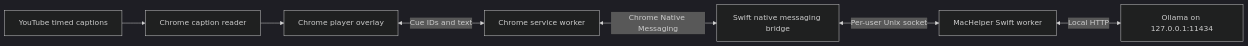
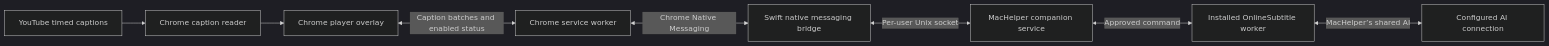
The diagram in README.md (bosstwobread/OnlineSubtitle-MacHelper), drawn with Mermaid (dark theme) before and after one commit. The commit also changed other lines of this file and 36 other files, not shown here.

Commit message:
Run OnlineSubtitle through the public MacHelper companion interface

````diff
--- a/README.md
+++ b/README.md
@@ -18,16 +20,18 @@
 ```mermaid
 flowchart LR
     YT["YouTube timed captions"]
     EX["Chrome caption reader"]
     UI["Chrome player overlay"]
     SW["Chrome service worker"]
     BR["Swift native messaging bridge"]
-    MH["MacHelper Swift worker"]
-    AI["Ollama on 127.0.0.1:11434"]
+    MH["MacHelper companion service"]
+    WK["Installed OnlineSubtitle worker"]
+    AI["Configured AI connection"]
 
     YT --> EX --> UI
-    UI <-->|"Cue IDs and text"| SW
+    UI <-->|"Caption batches and enabled status"| SW
     SW <-->|"Chrome Native Messaging"| BR
     BR <-->|"Per-user Unix socket"| MH
-    MH <-->|"Local HTTP"| AI
+    MH <-->|"Approved command"| WK
+    WK <-->|"MacHelper’s shared AI"| AI
 ```
````
